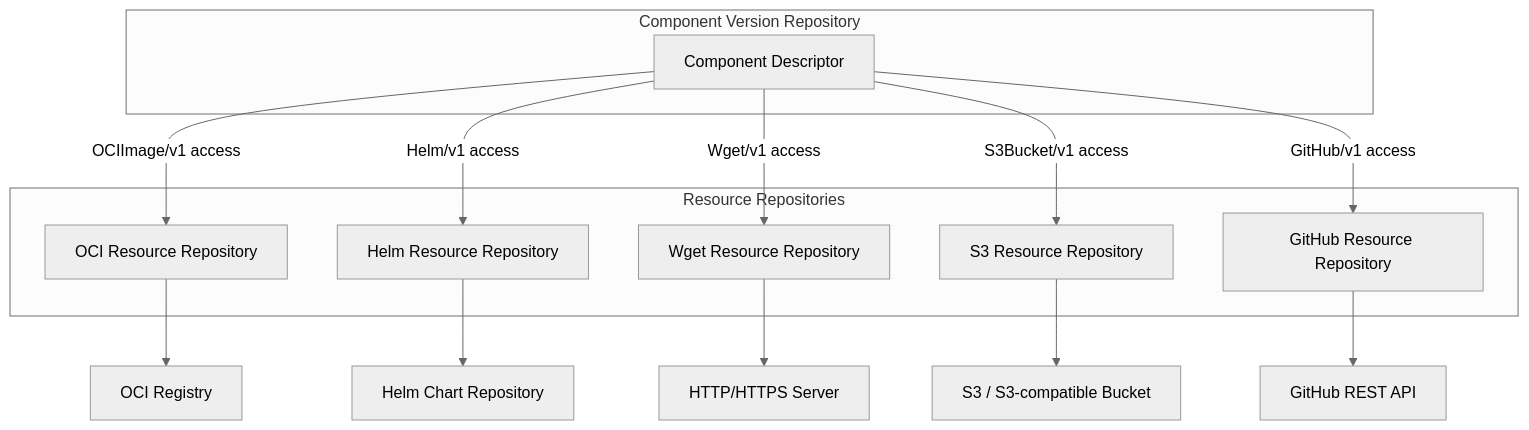
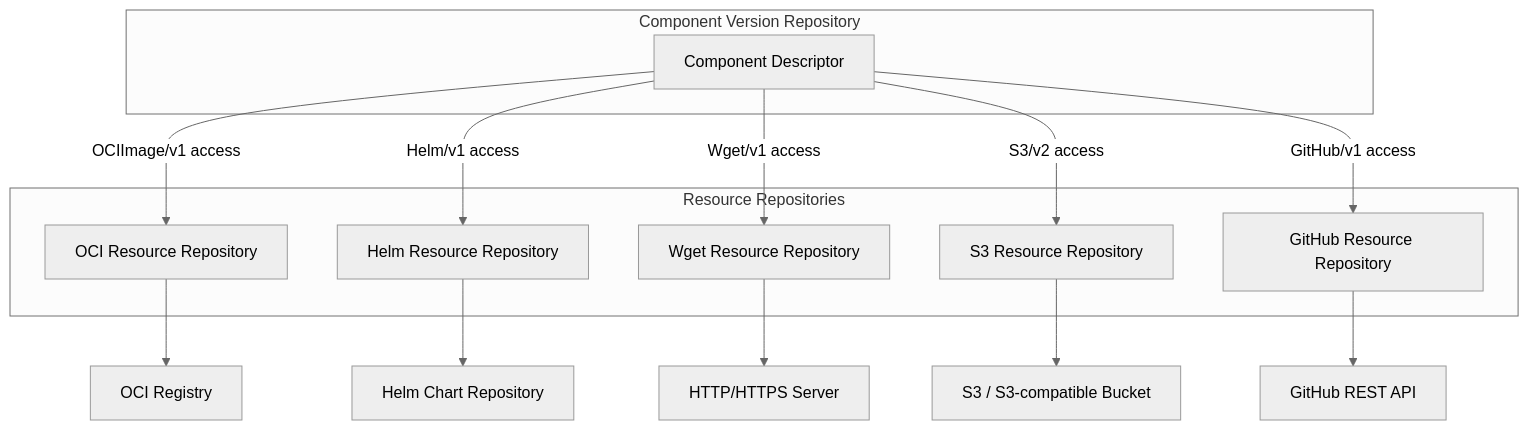
The diagram in website/content/docs/concepts/resource-repositories.md (open-component-model/open-component-model), drawn with Mermaid (neutral theme) before and after one commit. The commit also changed 46 other files, not shown here.

````diff
--- a/website/content/docs/concepts/resource-repositories.md
+++ b/website/content/docs/concepts/resource-repositories.md
@@ -31,25 +31,25 @@
 ```mermaid
 flowchart TB
     subgraph cv ["Component Version Repository"]
         CD["Component Descriptor"]
     end
 
     subgraph resources ["Resource Repositories"]
         OCI["OCI Resource Repository"]
         Helm["Helm Resource Repository"]
         Wget["Wget Resource Repository"]
         S3["S3 Resource Repository"]
         GitHub["GitHub Resource Repository"]
     end
 
     CD -->|"OCIImage/v1 access"| OCI
     CD -->|"Helm/v1 access"| Helm
     CD -->|"Wget/v1 access"| Wget
-    CD -->|"S3Bucket/v1 access"| S3
+    CD -->|"S3/v2 access"| S3
     CD -->|"GitHub/v1 access"| GitHub
     OCI --> Registry["OCI Registry"]
     Helm --> HelmRepo["Helm Chart Repository"]
     Wget --> HTTP["HTTP/HTTPS Server"]
     S3 --> Bucket["S3 / S3-compatible Bucket"]
     GitHub --> GitHubAPI["GitHub REST API"]
 ```
````
